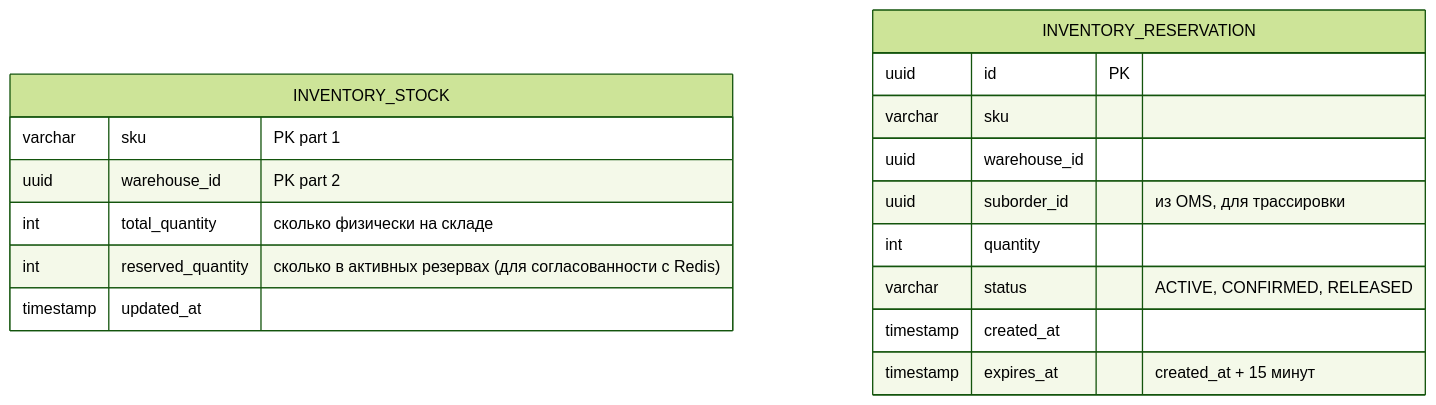
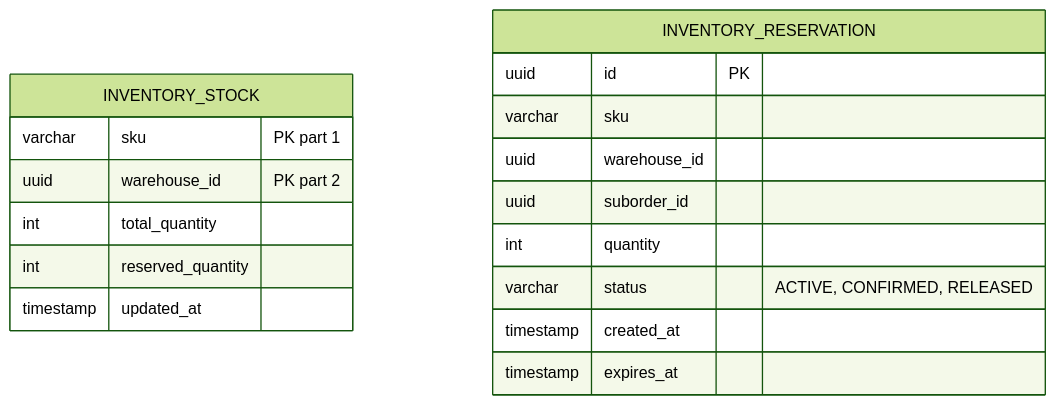
One commit to Unbiscuit/dev_sol changed the third of 9 diagrams in marketplace-order-solution.md. Above: the diagram before and after it, drawn with Mermaid (forest theme). The commit also changed other lines of this file, not shown here.

````diff
--- a/marketplace-order-solution.md
+++ b/marketplace-order-solution.md
@@ -276,21 +251,21 @@
 ```mermaid
 erDiagram
     INVENTORY_STOCK {
         varchar sku "PK part 1"
         uuid warehouse_id "PK part 2"
-        int total_quantity "сколько физически на складе"
-        int reserved_quantity "сколько в активных резервах (для согласованности с Redis)"
+        int total_quantity
+        int reserved_quantity
         timestamp updated_at
     }
 
     INVENTORY_RESERVATION {
         uuid id PK
         varchar sku
         uuid warehouse_id
-        uuid suborder_id "из OMS, для трассировки"
+        uuid suborder_id
         int quantity
         varchar status "ACTIVE, CONFIRMED, RELEASED"
         timestamp created_at
-        timestamp expires_at "created_at + 15 минут"
+        timestamp expires_at
     }
 ```
````
